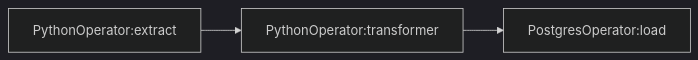
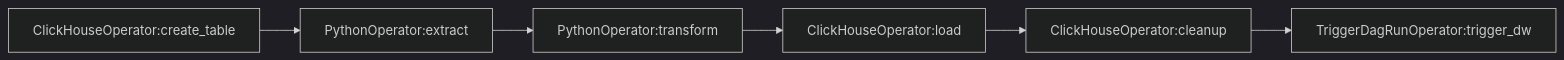
The first of 2 diagrams in README.md (Marvisyeh/ETL-with-Apache-Airflow), drawn with Mermaid (dark theme) before and after one commit. The commit also changed other lines of this file and 12 other files, not shown here.

First line of the commit message:
refactor: update README to reflect actual ClickHouse database architecture

````diff
--- a/README.md
+++ b/README.md
@@ -15,5 +217,4 @@
-```mermaid 
+```mermaid
 graph LR
-PythonOperator:extract --> PythonOperator:transformer --> PostgresOperator:load
-
+ClickHouseOperator:create_table --> PythonOperator:extract --> PythonOperator:transform --> ClickHouseOperator:load --> ClickHouseOperator:cleanup --> TriggerDagRunOperator:trigger_dw
 ```
````
